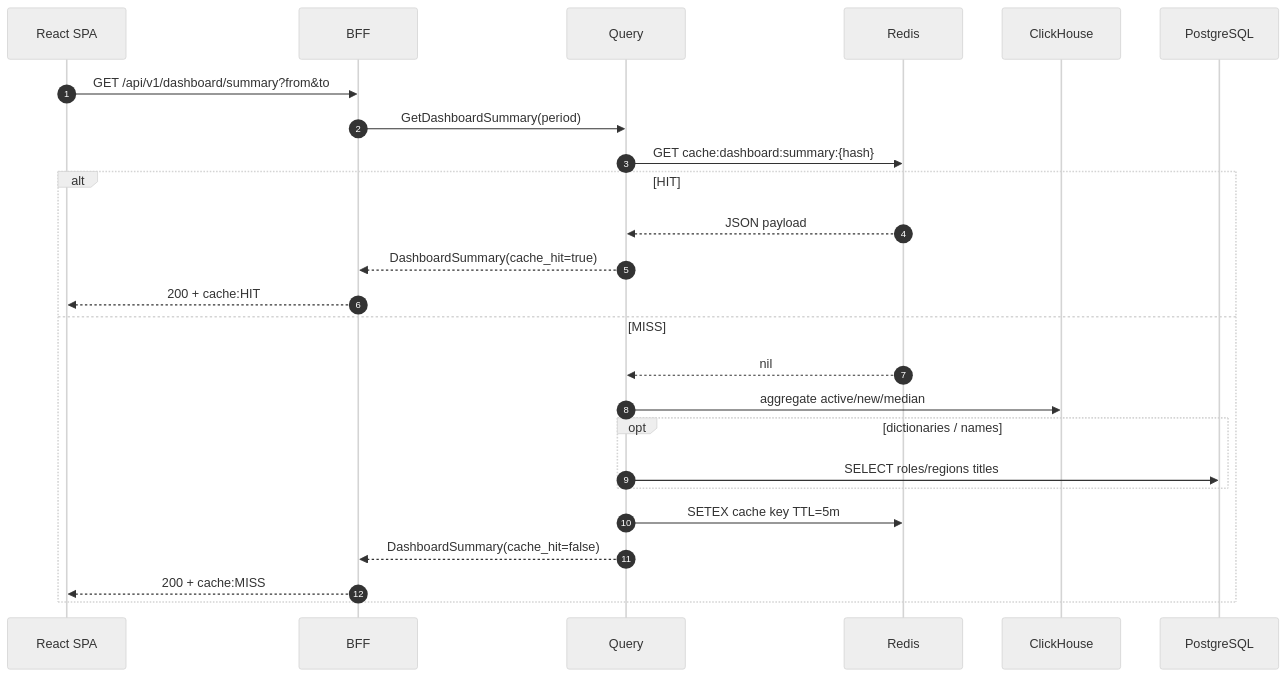
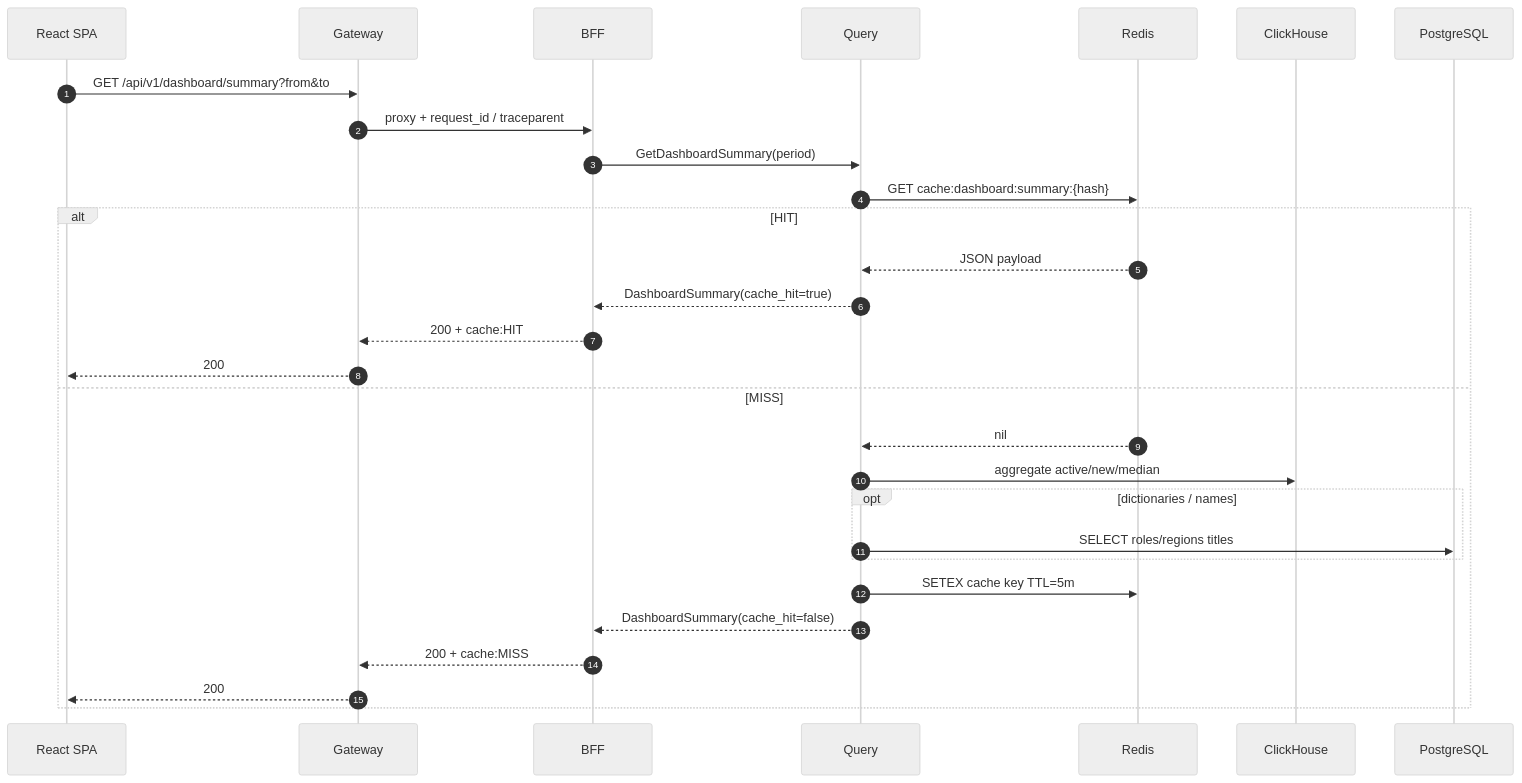
Before and after one commit to Chuchoss/it-labor-pulse: the third of 8 diagrams in docs/architecture/04-sequence-diagrams.md, drawn with Mermaid (neutral theme). The commit also changed other lines of this file and 38 other files, not shown here.

First line of the commit message:
feat(gateway): add edge API gateway in front of BFF

````diff
--- a/docs/architecture/04-sequence-diagrams.md
+++ b/docs/architecture/04-sequence-diagrams.md
@@ -72,29 +72,33 @@
 ```mermaid
 sequenceDiagram
   autonumber
   participant UI as React SPA
+  participant GW as Gateway
   participant BFF as BFF
   participant Q as Query
   participant Redis as Redis
   participant CH as ClickHouse
   participant PG as PostgreSQL
 
-  UI->>BFF: GET /api/v1/dashboard/summary?from&to
+  UI->>GW: GET /api/v1/dashboard/summary?from&to
+  GW->>BFF: proxy + request_id / traceparent
   BFF->>Q: GetDashboardSummary(period)
   Q->>Redis: GET cache:dashboard:summary:{hash}
 
   alt HIT
     Redis-->>Q: JSON payload
     Q-->>BFF: DashboardSummary(cache_hit=true)
-    BFF-->>UI: 200 + cache:HIT
+    BFF-->>GW: 200 + cache:HIT
+    GW-->>UI: 200
   else MISS
     Redis-->>Q: nil
     Q->>CH: aggregate active/new/median
     opt dictionaries / names
       Q->>PG: SELECT roles/regions titles
     end
     Q->>Redis: SETEX cache key TTL=5m
     Q-->>BFF: DashboardSummary(cache_hit=false)
-    BFF-->>UI: 200 + cache:MISS
+    BFF-->>GW: 200 + cache:MISS
+    GW-->>UI: 200
   end
 ```
````
